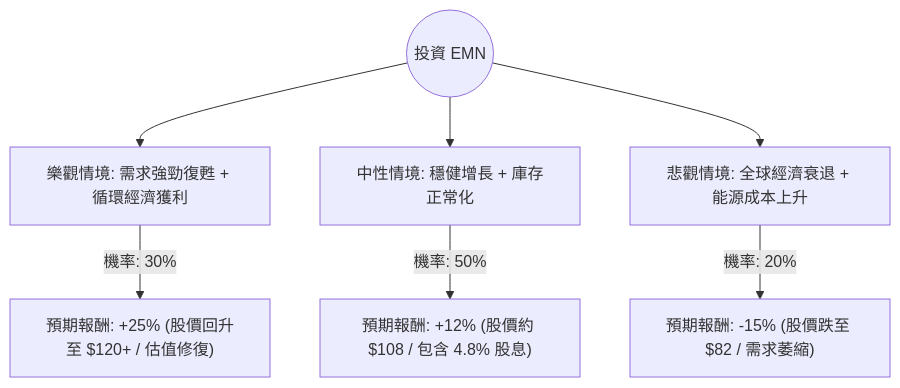
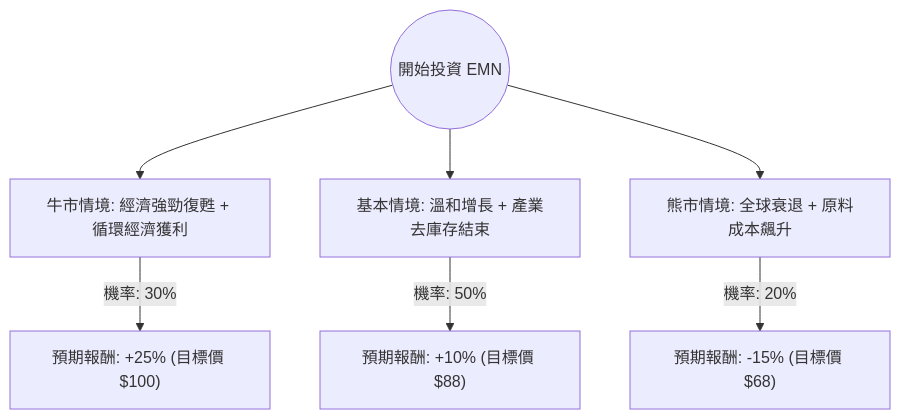
Before and after one commit to zmcx16/zmcx16.github.io: the diagram in plugin-react/ai-analysis/ev-analysis/EMN.md, drawn with Mermaid. The commit also changed other lines of this file and 79 other files, not shown here.

````diff
--- a/plugin-react/ai-analysis/ev-analysis/EMN.md
+++ b/plugin-react/ai-analysis/ev-analysis/EMN.md
@@ -19,10 +20,10 @@
 ```mermaid
 graph TD
-    Start((投資 EMN)) --> Bull[樂觀情境: 需求強勁復甦 + 循環經濟獲利]
-    Start --> Base[中性情境: 穩健增長 + 庫存正常化]
-    Start --> Bear[悲觀情境: 全球經濟衰退 + 能源成本上升]
+    Start((開始投資 EMN)) --> Bull[牛市情境: 經濟強勁復甦 + 循環經濟獲利]
+    Start --> Base[基本情境: 溫和增長 + 產業去庫存結束]
+    Start --> Bear[熊市情境: 全球衰退 + 原料成本飆升]
 
-    Bull -- "機率: 30%" --> BullVal["預期報酬: +25% (股價回升至 $120+ / 估值修復)"]
-    Base -- "機率: 50%" --> BaseVal["預期報酬: +12% (股價約 $108 / 包含 4.8% 股息)"]
-    Bear -- "機率: 20%" --> BearVal["預期報酬: -15% (股價跌至 $82 / 需求萎縮)"]
+    Bull -- "機率: 30%" --> BullVal["預期報酬: +25% (目標價 $100)"]
+    Base -- "機率: 50%" --> BaseVal["預期報酬: +10% (目標價 $88)"]
+    Bear -- "機率: 20%" --> BearVal["預期報酬: -15% (目標價 $68)"]
 ```
````
